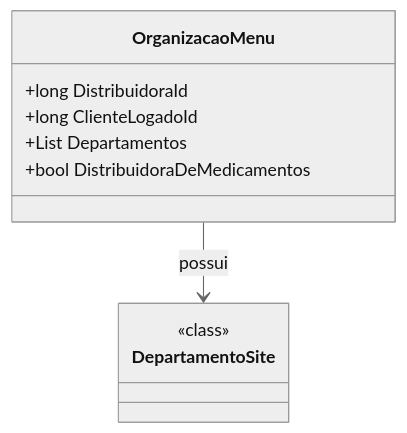
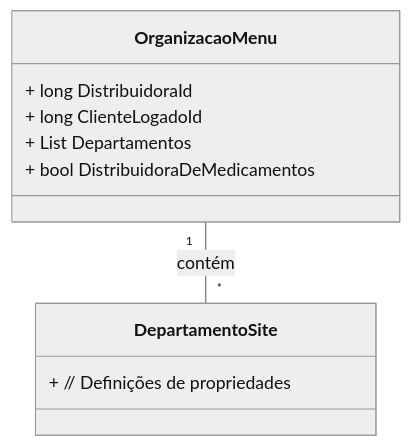
One commit to IsthmusSistemas/documentacao-tecnica changed the diagram in docs/b2b-dominio/IsthmusWinthor.Nucleo/IsthmusWinthor.Dominio/POCO/Produtos/OrganizacaoMenu.md. Above: the diagram before and after it, drawn with Mermaid (neutral theme). The commit also changed other lines of this file and 882 other files, not shown here.

````diff
--- a/docs/b2b-dominio/IsthmusWinthor.Nucleo/IsthmusWinthor.Dominio/POCO/Produtos/OrganizacaoMenu.md
+++ b/docs/b2b-dominio/IsthmusWinthor.Nucleo/IsthmusWinthor.Dominio/POCO/Produtos/OrganizacaoMenu.md
@@ -22,15 +21,13 @@
 ```mermaid
 classDiagram
     class OrganizacaoMenu {
-        +long DistribuidoraId
-        +long ClienteLogadoId
-        +List<DepartamentoSite> Departamentos
-        +bool DistribuidoraDeMedicamentos
+        + long DistribuidoraId
+        + long ClienteLogadoId
+        + List<DepartamentoSite> Departamentos
+        + bool DistribuidoraDeMedicamentos
     }
-
     class DepartamentoSite {
-        <<class>>
+        + // Definições de propriedades
     }
-
-    OrganizacaoMenu --> DepartamentoSite : possui
+    OrganizacaoMenu "1" -- "*" DepartamentoSite : contém
 ```
````
